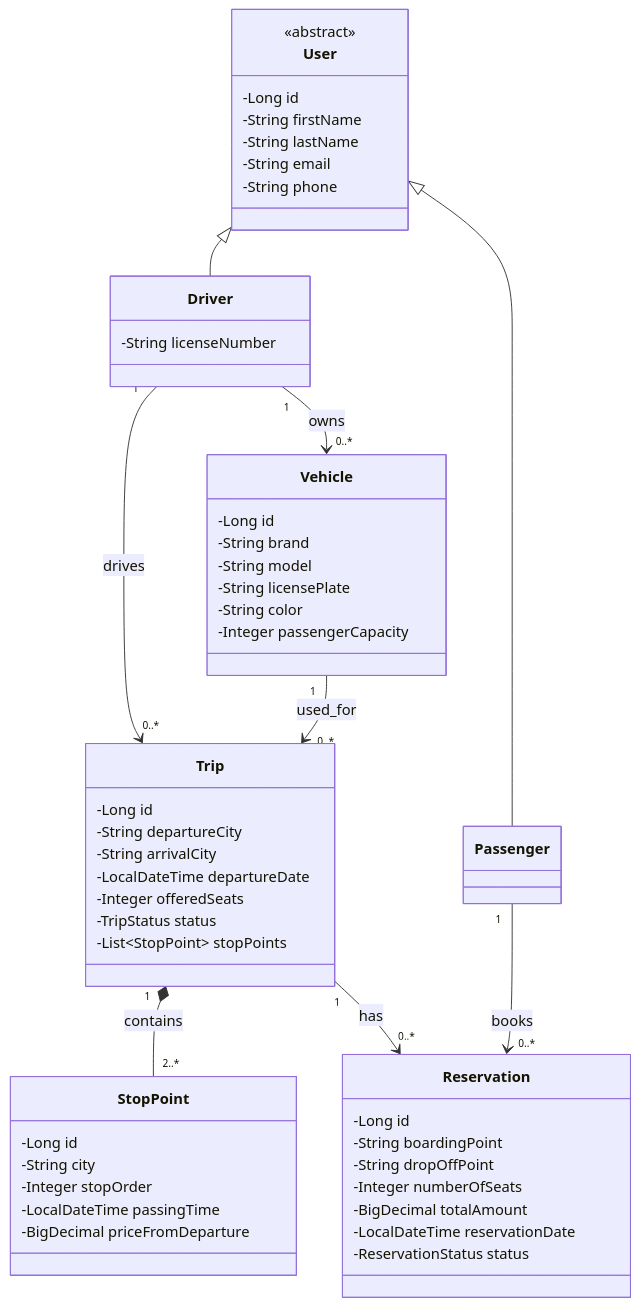
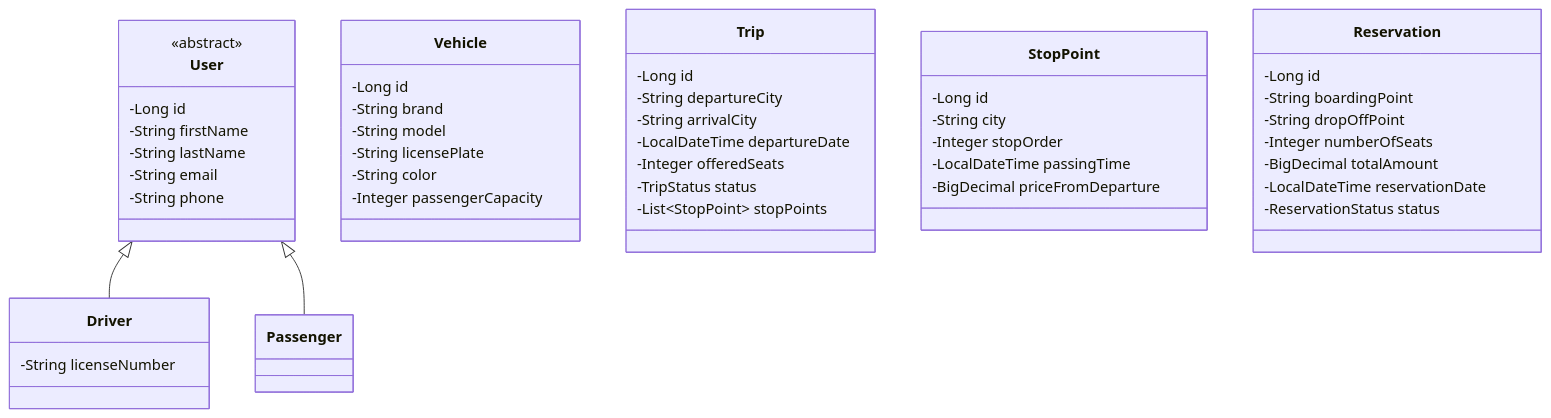
Before and after one commit to kara7z/covoiturage: the diagram in README.md, drawn with Mermaid.

Commit message:
docs(readme): keep only the User inheritance in the class diagram
Drop the association arrows so the diagram focuses on the User
mapped superclass and its two subclasses.

````diff
--- a/README.md
+++ b/README.md
@@ -154,64 +154,57 @@
 ```mermaid
 classDiagram
     class User {
         <<abstract>>
         -Long id
         -String firstName
         -String lastName
         -String email
         -String phone
     }
 
     class Driver {
         -String licenseNumber
     }
 
     class Passenger
 
     class Vehicle {
         -Long id
         -String brand
         -String model
         -String licensePlate
         -String color
         -Integer passengerCapacity
     }
 
     class Trip {
         -Long id
         -String departureCity
         -String arrivalCity
         -LocalDateTime departureDate
         -Integer offeredSeats
         -TripStatus status
         -List~StopPoint~ stopPoints
     }
 
     class StopPoint {
         -Long id
         -String city
         -Integer stopOrder
         -LocalDateTime passingTime
         -BigDecimal priceFromDeparture
     }
 
     class Reservation {
         -Long id
         -String boardingPoint
         -String dropOffPoint
         -Integer numberOfSeats
         -BigDecimal totalAmount
         -LocalDateTime reservationDate
         -ReservationStatus status
     }
 
     User <|-- Driver
     User <|-- Passenger
-
-    Driver "1" --> "0..*" Vehicle : owns
-    Driver "1" --> "0..*" Trip : drives
-    Vehicle "1" --> "0..*" Trip : used_for
-    Trip "1" *-- "2..*" StopPoint : contains
-    Trip "1" --> "0..*" Reservation : has
-    Passenger "1" --> "0..*" Reservation : books
 ```
````
